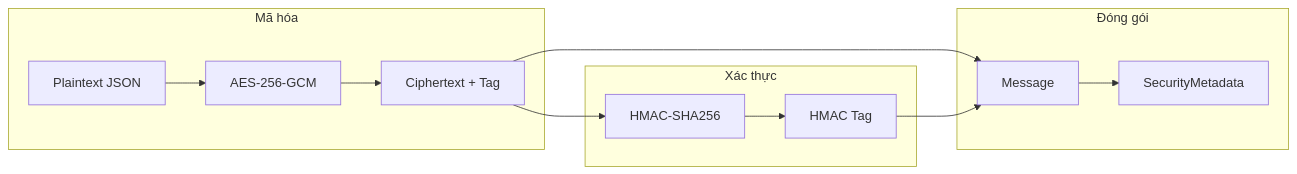
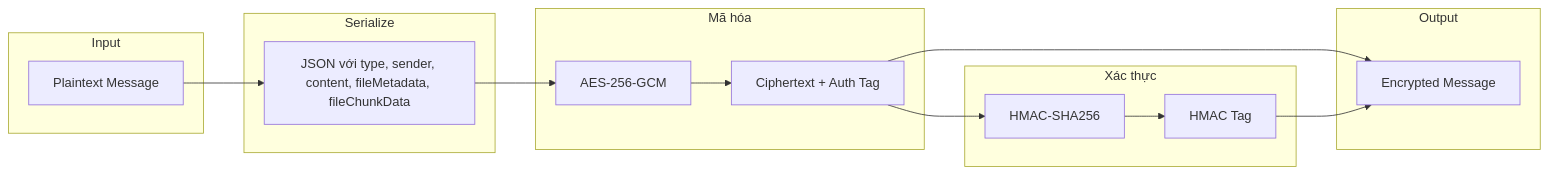
The seventh of 9 diagrams in docs/SECURITY_FLOW.md (QuocVinhTrinhLam/SecureChat-System), drawn with Mermaid before and after one commit. The commit also changed other lines of this file and 2 other files, not shown here.

Commit message:
Điều chỉnh max_length lên 500,000 & update SECURITY_FLOW.md

````diff
--- a/docs/SECURITY_FLOW.md
+++ b/docs/SECURITY_FLOW.md
@@ -159,18 +313,25 @@
 ```mermaid
 flowchart LR
+    subgraph Input
+        A[Plaintext Message]
+    end
+    
+    subgraph Serialize
+        A --> B[JSON với type, sender, content, fileMetadata, fileChunkData]
+    end
+    
     subgraph Mã hóa
-        A[Plaintext JSON] --> B[AES-256-GCM]
-        B --> C[Ciphertext + Tag]
+        B --> C[AES-256-GCM]
+        C --> D[Ciphertext + Auth Tag]
     end
     
     subgraph Xác thực
-        C --> D[HMAC-SHA256]
-        D --> E[HMAC Tag]
+        D --> E[HMAC-SHA256]
+        E --> F[HMAC Tag]
     end
     
-    subgraph Đóng gói
-        C --> F[Message]
-        E --> F
-        F --> G[SecurityMetadata]
+    subgraph Output
+        D --> G[Encrypted Message]
+        F --> G
     end
 ```
````
